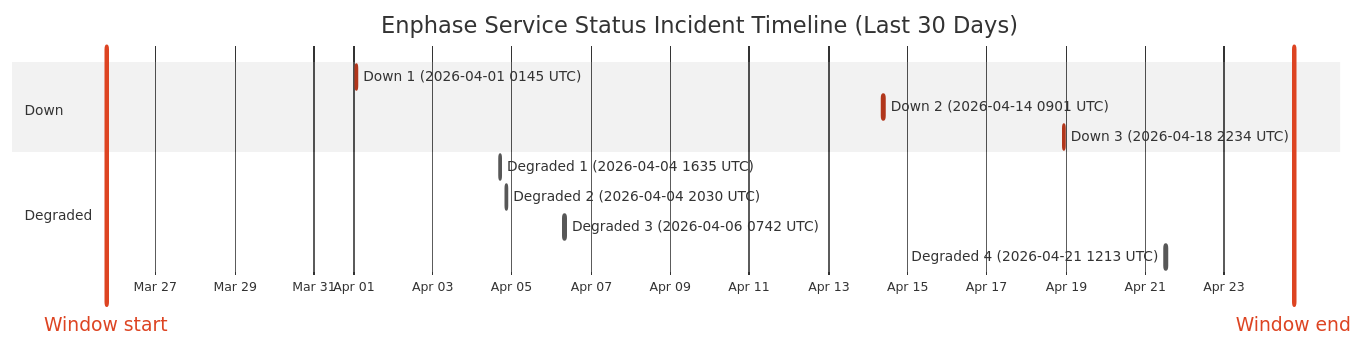
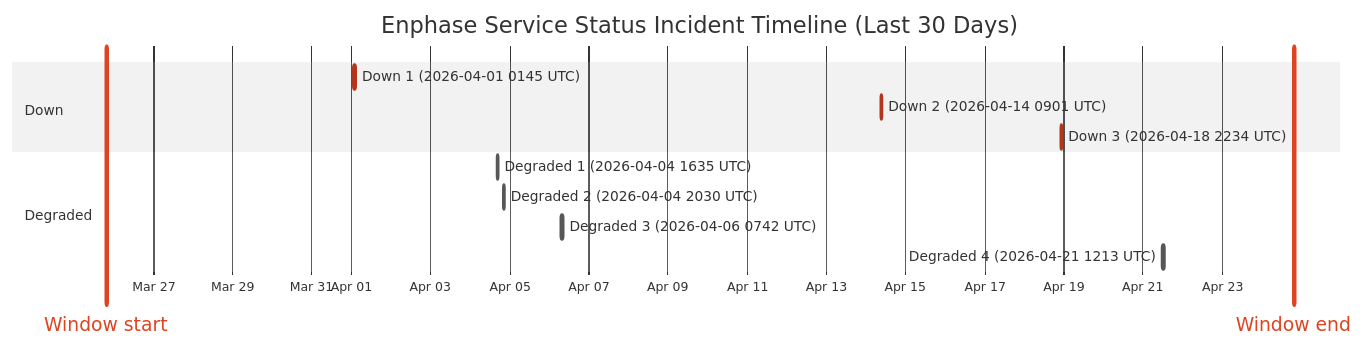
One commit to barneyonline/ha-enphase-ev-charger changed the diagram in wiki/Service-Status-History.md. Above: the diagram before and after it, drawn with Mermaid (neutral theme). The commit also changed other lines of this file and 3 other files, not shown here.

````diff
--- a/wiki/Service-Status-History.md
+++ b/wiki/Service-Status-History.md
@@ -14,17 +14,17 @@
 ```mermaid
 gantt
     title Enphase Service Status Incident Timeline (Last 30 Days)
     dateFormat  YYYY-MM-DDTHH:mm:ss
     axisFormat  %b %d
-    Window start :vert, window-start, 2026-03-25T18:07:40, 0ms
-    Window end :vert, window-end, 2026-04-24T18:07:40, 0ms
+    Window start :vert, window-start, 2026-03-25T19:28:43, 0ms
+    Window end :vert, window-end, 2026-04-24T19:28:43, 0ms
     section Down
     Down 1 (2026-04-01 0145 UTC) :crit, down-1, 2026-04-01T01:45:09, 60m
     Down 2 (2026-04-14 0901 UTC) :crit, down-2, 2026-04-14T09:01:13, 60m
     Down 3 (2026-04-18 2234 UTC) :crit, down-3, 2026-04-18T22:34:13, 60m
     section Degraded
     Degraded 1 (2026-04-04 1635 UTC) :active, degraded-1, 2026-04-04T16:35:17, 60m
     Degraded 2 (2026-04-04 2030 UTC) :active, degraded-2, 2026-04-04T20:30:40, 60m
     Degraded 3 (2026-04-06 0742 UTC) :active, degraded-3, 2026-04-06T07:42:09, 85m
     Degraded 4 (2026-04-21 1213 UTC) :active, degraded-4, 2026-04-21T12:13:11, 60m
 ```
````
